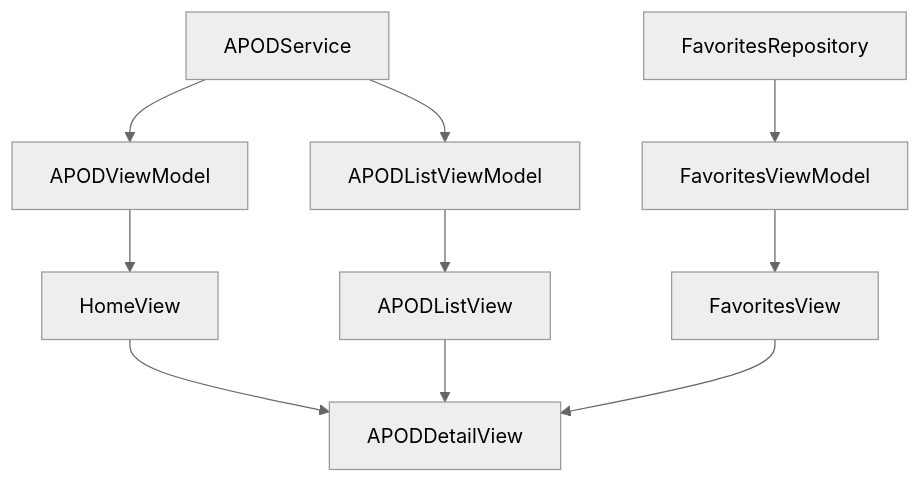
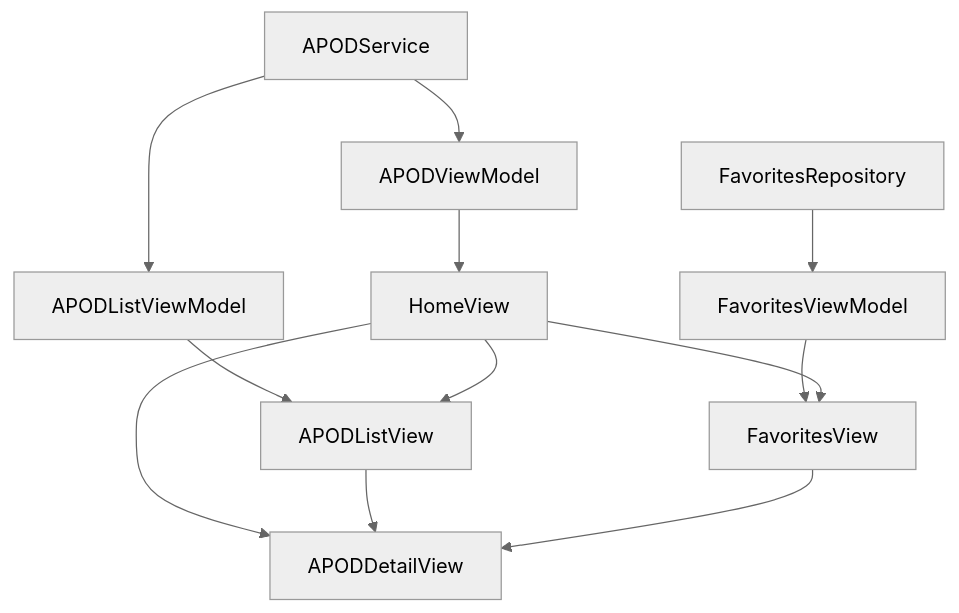
One commit to GustavoCSRamalho/APOD changed the diagram in README.md. Above: the diagram before and after it, drawn with Mermaid (neutral theme).

````diff
--- a/README.md
+++ b/README.md
@@ -49,12 +49,14 @@
 ```mermaid
 graph TD
     APODService --> APODViewModel
     APODService --> APODListViewModel
     FavoritesRepository --> FavoritesViewModel
     APODViewModel --> HomeView
     APODListViewModel --> APODListView
     FavoritesViewModel --> FavoritesView
     HomeView --> APODDetailView
+    HomeView --> APODListView
+    HomeView --> FavoritesView
     APODListView --> APODDetailView
     FavoritesView --> APODDetailView
 ```
````
